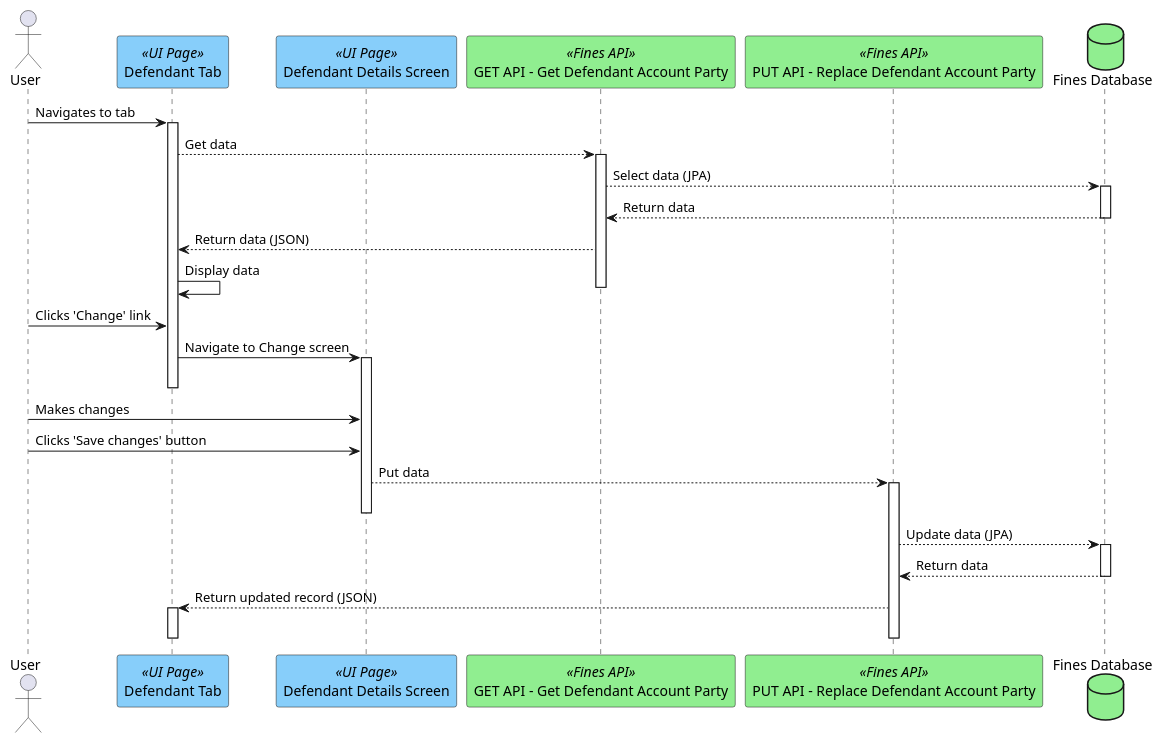
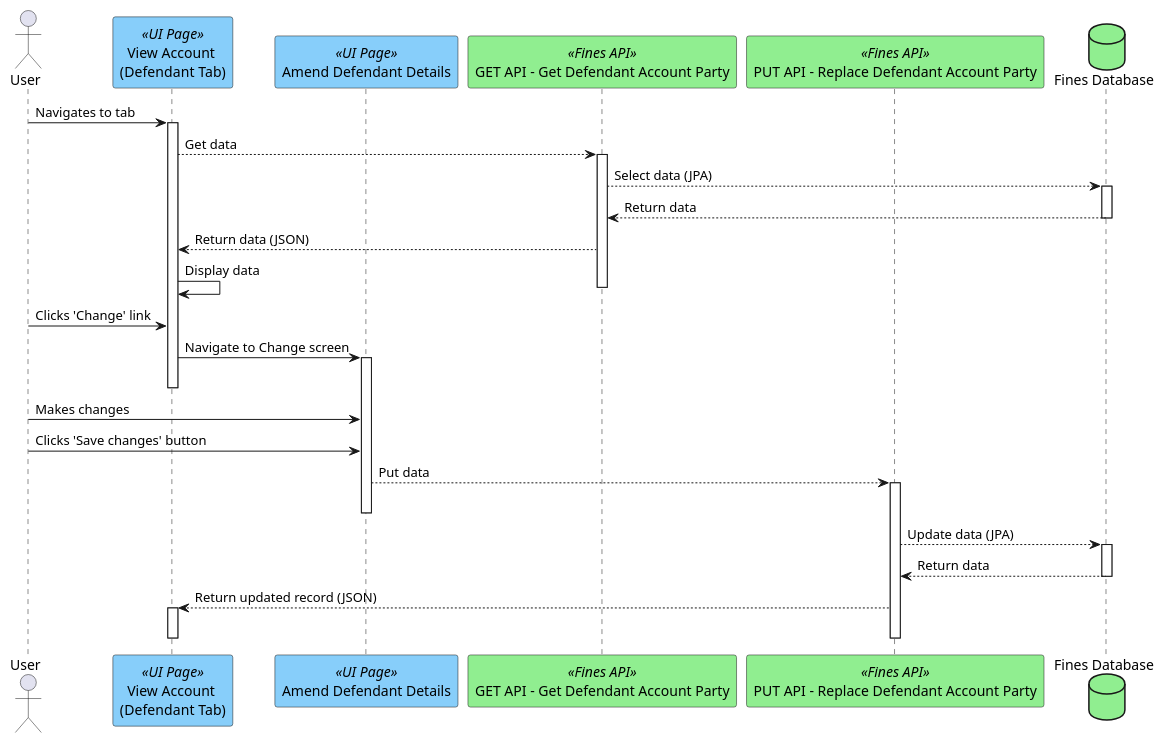
One commit to hmcts/opal-docs changed the diagram in plantUML/fae-view-amend-defendant-pg/fae-view-amend-defendant.puml. Above: the diagram before and after it, drawn with PlantUML. The commit also changed 2 other files, not shown here.

Commit message:
amend defendant pg

```diff
--- a/plantUML/fae-view-amend-defendant-pg/fae-view-amend-defendant.puml
+++ b/plantUML/fae-view-amend-defendant-pg/fae-view-amend-defendant.puml
@@ -1,30 +1,30 @@
 @startuml
 actor User
-participant "Defendant Tab" as viewScreen <<UI Page>> #lightskyblue
-participant "Defendant Details Screen" as changeScreen <<UI Page>> #lightskyblue
+participant "View Account \n(Defendant Tab)" as viewScreen <<UI Page>> #lightskyblue
+participant "Amend Defendant Details" as changeScreen <<UI Page>> #lightskyblue
 participant "GET API - Get Defendant Account Party" as getapi <<Fines API>> #lightgreen
 participant "PUT API - Replace Defendant Account Party" as putapi <<Fines API>> #lightgreen
 database "Fines Database" as db #lightgreen
 
 User -> viewScreen ++ : Navigates to tab
 viewScreen --> getapi ++ : Get data
 getapi --> db ++ : Select data (JPA)
 db --> getapi : Return data
 db --
 getapi --> viewScreen : Return data (JSON)
 viewScreen -> viewScreen : Display data
 getapi --
 User -> viewScreen : Clicks 'Change' link
 viewScreen -> changeScreen ++: Navigate to Change screen
 viewScreen --
 User -> changeScreen : Makes changes
 User -> changeScreen : Clicks 'Save changes' button
 changeScreen --> putapi ++ : Put data
 changeScreen --
 putapi --> db ++ : Update data (JPA)
 db --> putapi : Return data
 db --
 putapi --> viewScreen ++ : Return updated record (JSON)
 viewScreen --
 putapi --
 @enduml
```
